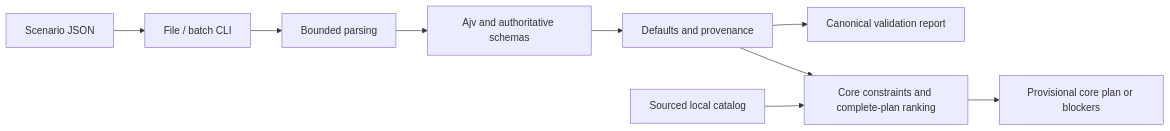
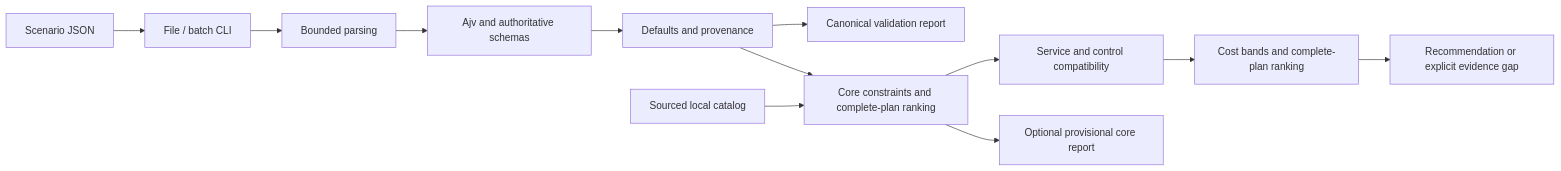
Before and after one commit to oki-dokii/StackSense: the diagram in README.md, drawn with Mermaid. The commit also changed other lines of this file and 44 other files, not shown here.

Commit message:
Implement Phase 3 complete recommendations, service checks and cost bands

````diff
--- a/README.md
+++ b/README.md
@@ -83,11 +93,14 @@
 ```mermaid
 flowchart LR
   Input[Scenario JSON] --> CLI[File / batch CLI]
   CLI --> Parse[Bounded parsing]
   Parse --> Contracts[Ajv and authoritative schemas]
   Contracts --> Normalize[Defaults and provenance]
   Normalize --> Report[Canonical validation report]
   Normalize --> Planner[Core constraints and complete-plan ranking]
   Catalog[Sourced local catalog] --> Planner
-  Planner --> Core[Provisional core plan or blockers]
+  Planner --> Services[Service and control compatibility]
+  Services --> Costs[Cost bands and complete-plan ranking]
+  Costs --> Output[Recommendation or explicit evidence gap]
+  Planner --> Core[Optional provisional core report]
 ```
````
